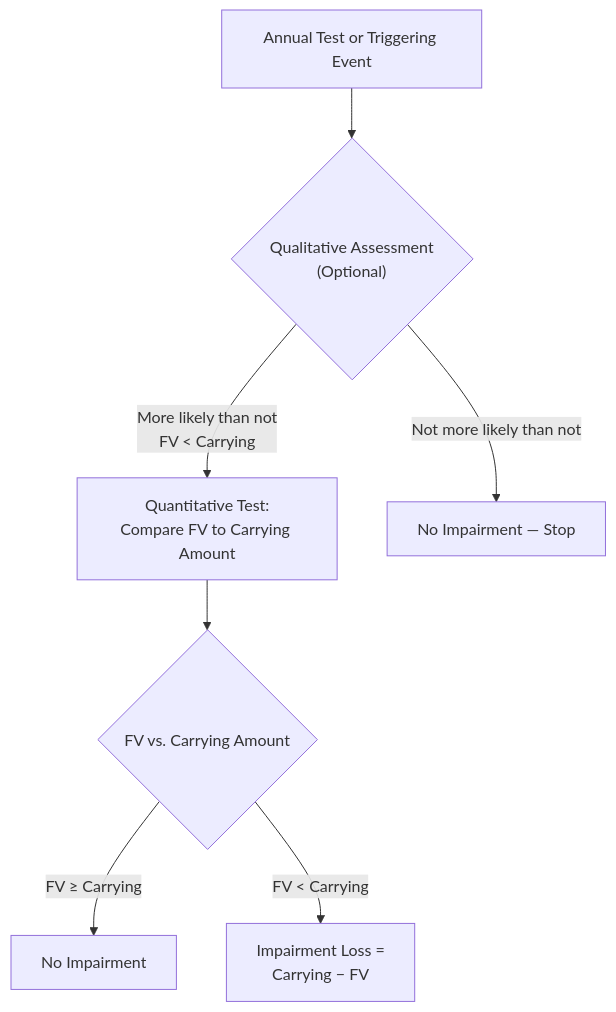
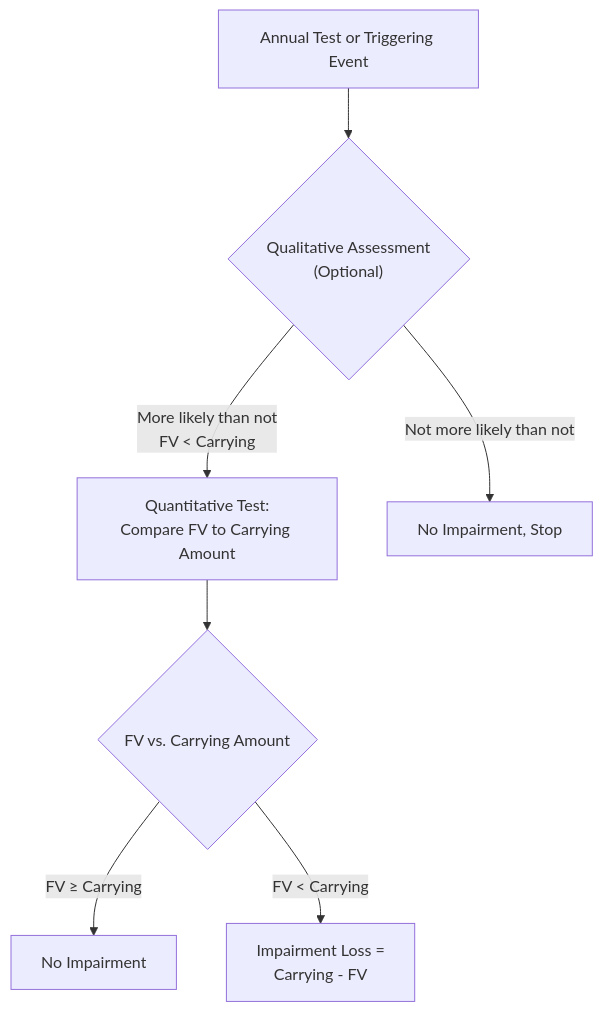
The first of 2 diagrams in docs/bar/technical-accounting-assets-and-revenue/indefinite-lived-intangible-assets.md (subwaymatch/cpabear-book), drawn with Mermaid before and after one commit. The commit also changed other lines of this file and 222 other files, not shown here.

````diff
--- a/docs/bar/technical-accounting-assets-and-revenue/indefinite-lived-intangible-assets.md
+++ b/docs/bar/technical-accounting-assets-and-revenue/indefinite-lived-intangible-assets.md
@@ -180,9 +180,9 @@
 ```mermaid
 graph TD
     A["Annual Test or Triggering Event"] --> B{"Qualitative Assessment<br/>(Optional)"}
     B -->|"More likely than not<br/>FV < Carrying"| C["Quantitative Test:<br/>Compare FV to Carrying Amount"]
-    B -->|"Not more likely than not"| D["No Impairment — Stop"]
+    B -->|"Not more likely than not"| D["No Impairment, Stop"]
     C --> E{"FV vs. Carrying Amount"}
     E -->|"FV ≥ Carrying"| F["No Impairment"]
-    E -->|"FV < Carrying"| G["Impairment Loss =<br/>Carrying − FV"]
+    E -->|"FV < Carrying"| G["Impairment Loss =<br/>Carrying - FV"]
 ```
````
